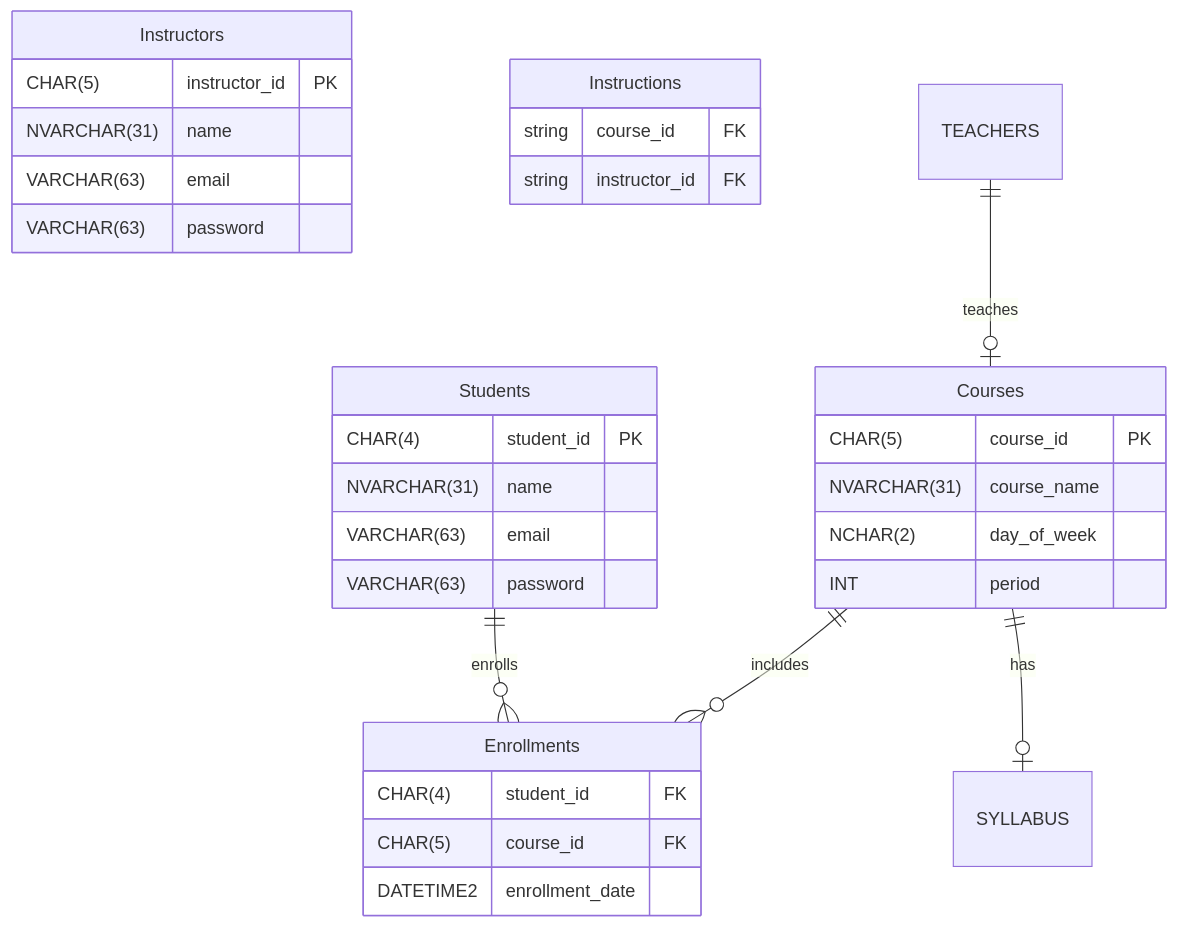
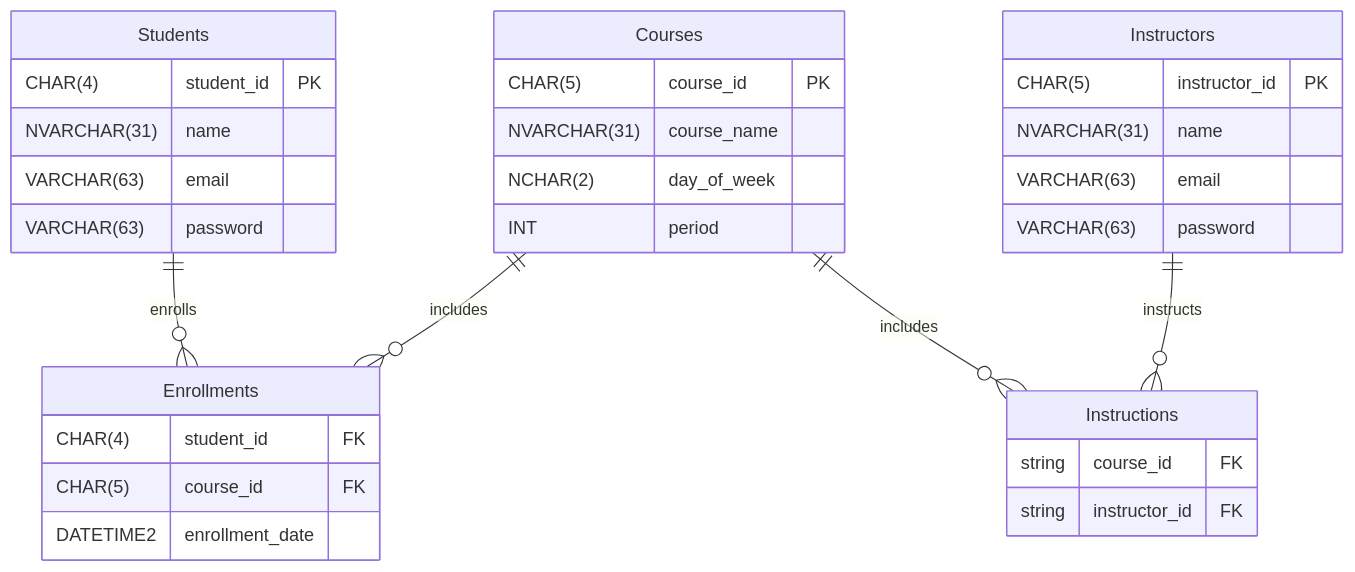
Before and after one commit to takayanag-i/classroomApp: the diagram in docs/ER-diagram.md, drawn with Mermaid. The commit also changed other lines of this file and 19 other files, not shown here.

````diff
--- a/docs/ER-diagram.md
+++ b/docs/ER-diagram.md
@@ -1,39 +5,39 @@
 ```mermaid
 erDiagram
     Students {
         CHAR(4) student_id PK
         NVARCHAR(31) name
         VARCHAR(63) email
         VARCHAR(63) password
     }
     
     Instructors {
         CHAR(5) instructor_id PK
         NVARCHAR(31) name
         VARCHAR(63) email
         VARCHAR(63) password
     }
         
     Courses {
         CHAR(5) course_id PK
         NVARCHAR(31) course_name
         NCHAR(2) day_of_week
         INT period
     }
     
     Enrollments {
         CHAR(4) student_id FK
         CHAR(5) course_id FK
         DATETIME2 enrollment_date
     }
 
     Instructions {
         string course_id FK
         string instructor_id FK
     }
         
     Students ||--o{ Enrollments : enrolls
     Courses ||--o{ Enrollments : includes
-    TEACHERS ||--o| Courses : teaches
-    Courses ||--o| SYLLABUS : has
+    Courses ||--o{ Instructions : includes
+    Instructors ||--o{ Instructions : instructs
 ```
````
